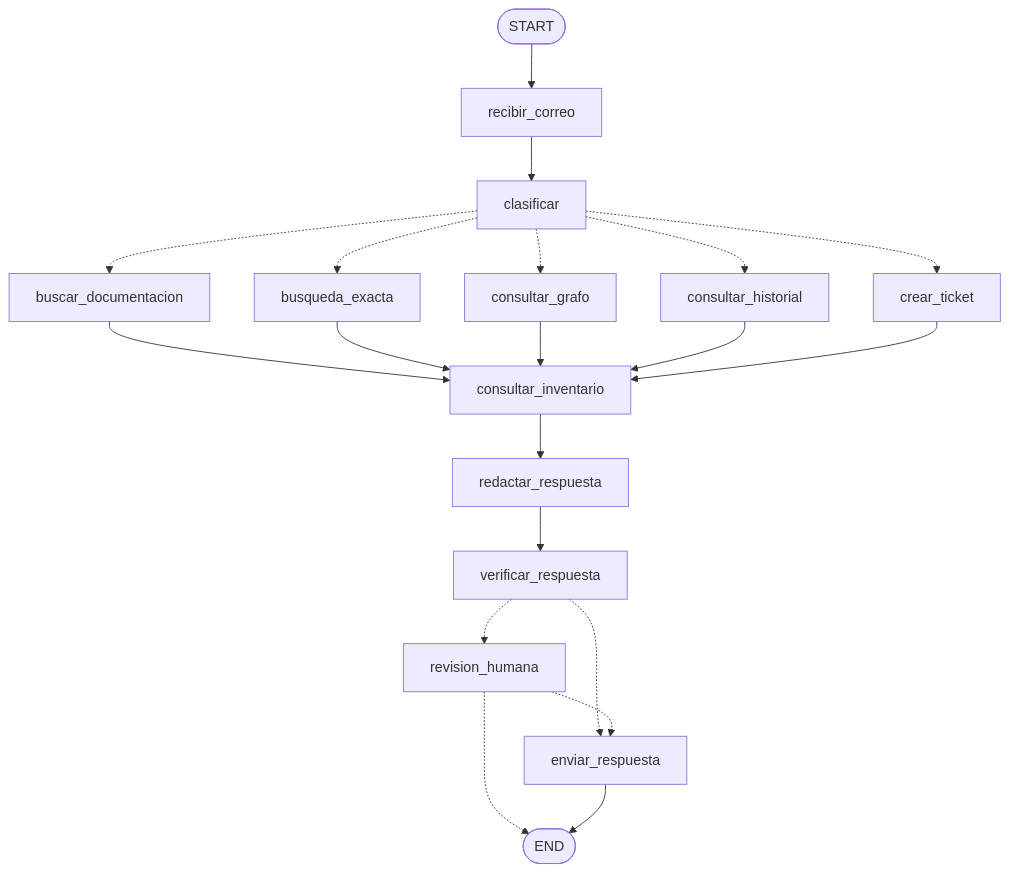
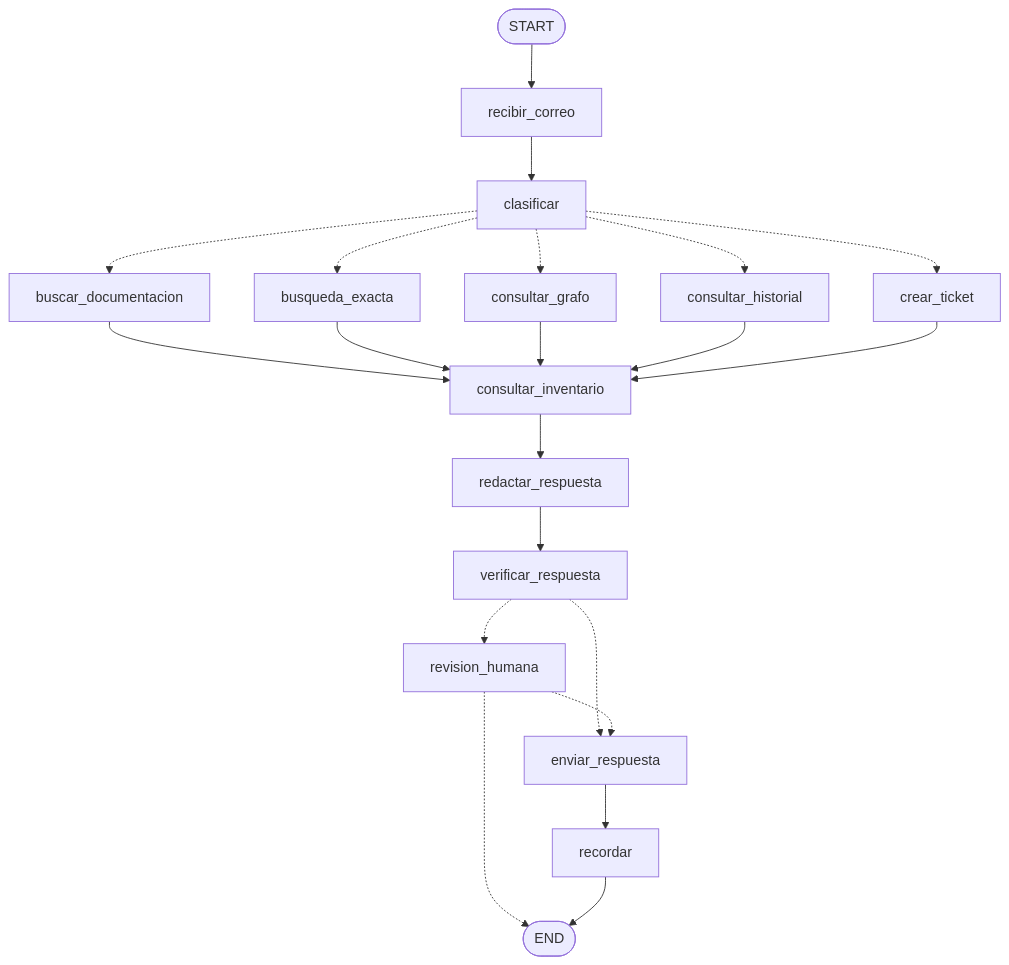
Before and after one commit to Cresponchilas/agente-soporte-correo: the diagram in README.md, drawn with Mermaid. The commit also changed other lines of this file and 16 other files, not shown here.

````diff
--- a/README.md
+++ b/README.md
@@ -162,21 +186,21 @@
 ```mermaid
 graph TD
     START([START]) --> recibir_correo --> clasificar
     clasificar -.-> buscar_documentacion
     clasificar -.-> busqueda_exacta
     clasificar -.-> consultar_grafo
     clasificar -.-> consultar_historial
     clasificar -.-> crear_ticket
     buscar_documentacion --> consultar_inventario
     busqueda_exacta --> consultar_inventario
     consultar_grafo --> consultar_inventario
     consultar_historial --> consultar_inventario
     crear_ticket --> consultar_inventario
     consultar_inventario --> redactar_respuesta
     redactar_respuesta --> verificar_respuesta
     verificar_respuesta -.-> revision_humana
     verificar_respuesta -.-> enviar_respuesta
     revision_humana -.-> enviar_respuesta
     revision_humana -.-> END([END])
-    enviar_respuesta --> END
+    enviar_respuesta --> recordar --> END
 ```
````
